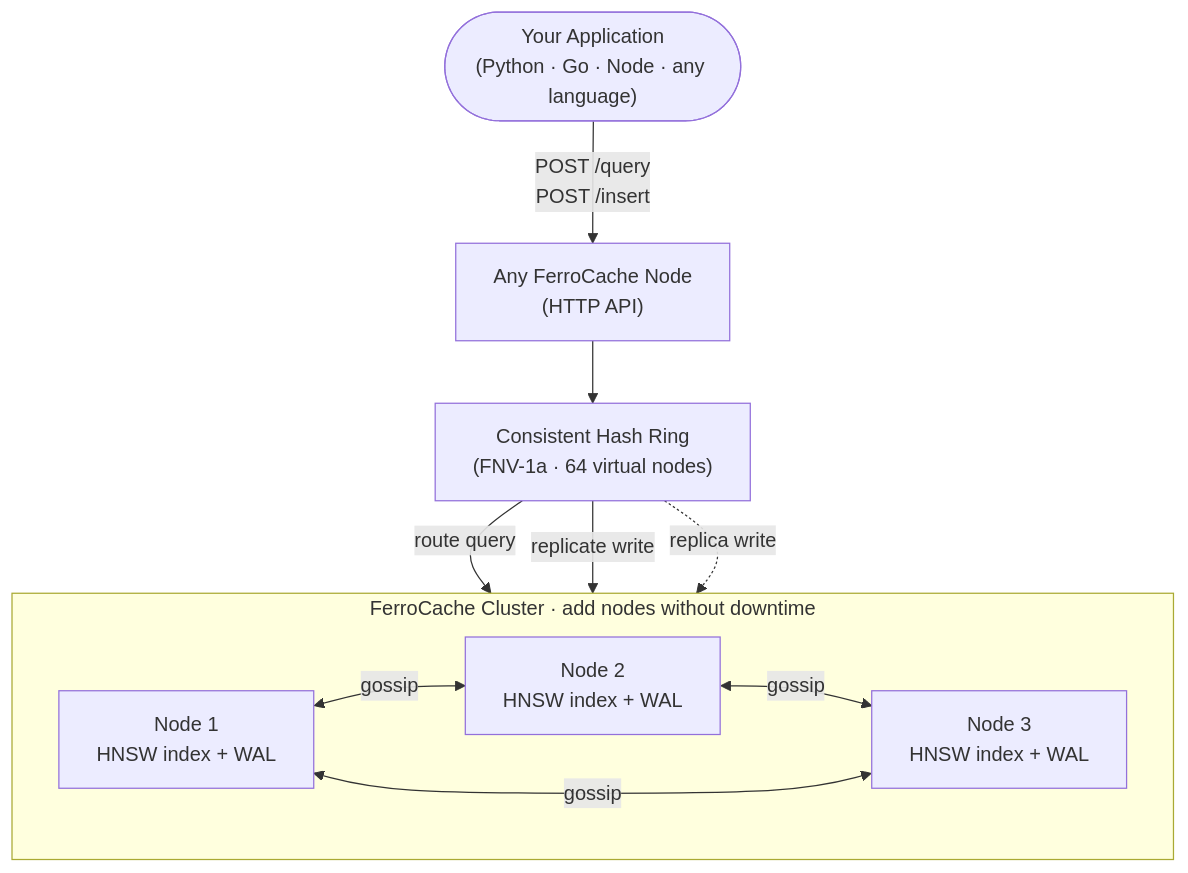
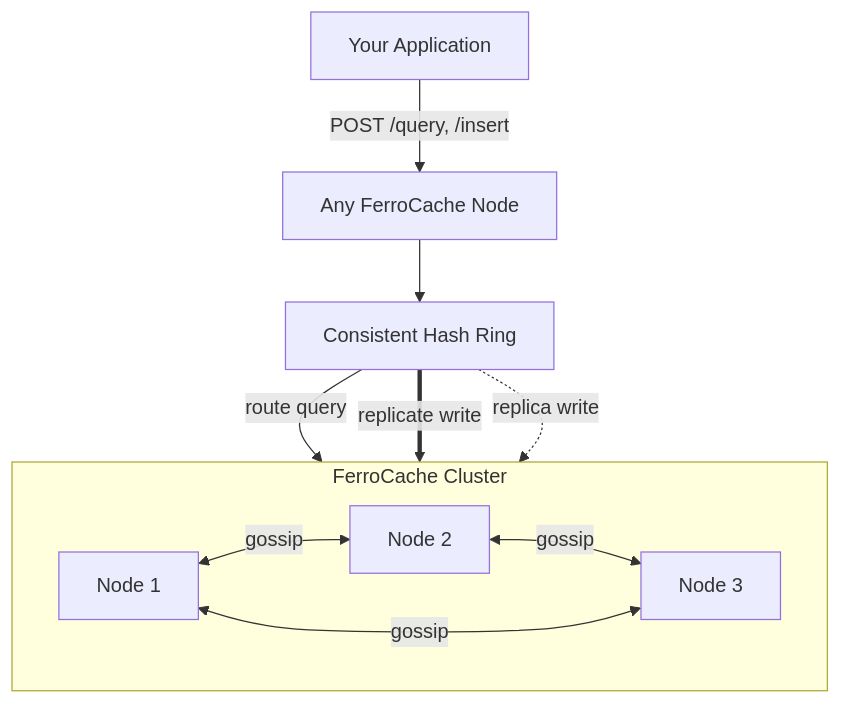
Before and after one commit to nickleodoen/ferrocache: the diagram in README.md, drawn with Mermaid. The commit also changed other lines of this file and 1 other file, not shown here.

````diff
--- a/README.md
+++ b/README.md
@@ -152,21 +152,20 @@
 ```mermaid
 flowchart TD
-    Client(["Your Application<br/>(Python · Go · Node · any language)"])
-    Client -->|"POST /query<br/>POST /insert"| LB["Any FerroCache Node<br/>(HTTP API)"]
-
-    LB --> Ring["Consistent Hash Ring<br/>(FNV-1a · 64 virtual nodes)"]
+    Client["Your Application"]
+    Client -->|"POST /query, /insert"| LB["Any FerroCache Node"]
+    LB --> Ring["Consistent Hash Ring"]
 
     Ring -->|"route query"| N1
-    Ring -->|"replicate write"| N1
+    Ring ==>|"replicate write"| N1
     Ring -.->|"replica write"| N2
 
-    subgraph cluster["FerroCache Cluster  ·  add nodes without downtime"]
+    subgraph cluster["FerroCache Cluster"]
         direction LR
-        N1["Node 1<br/>HNSW index + WAL"]
-        N2["Node 2<br/>HNSW index + WAL"]
-        N3["Node 3<br/>HNSW index + WAL"]
+        N1["Node 1"]
+        N2["Node 2"]
+        N3["Node 3"]
         N1 <-->|"gossip"| N2
         N2 <-->|"gossip"| N3
         N3 <-->|"gossip"| N1
     end
 ```
````
